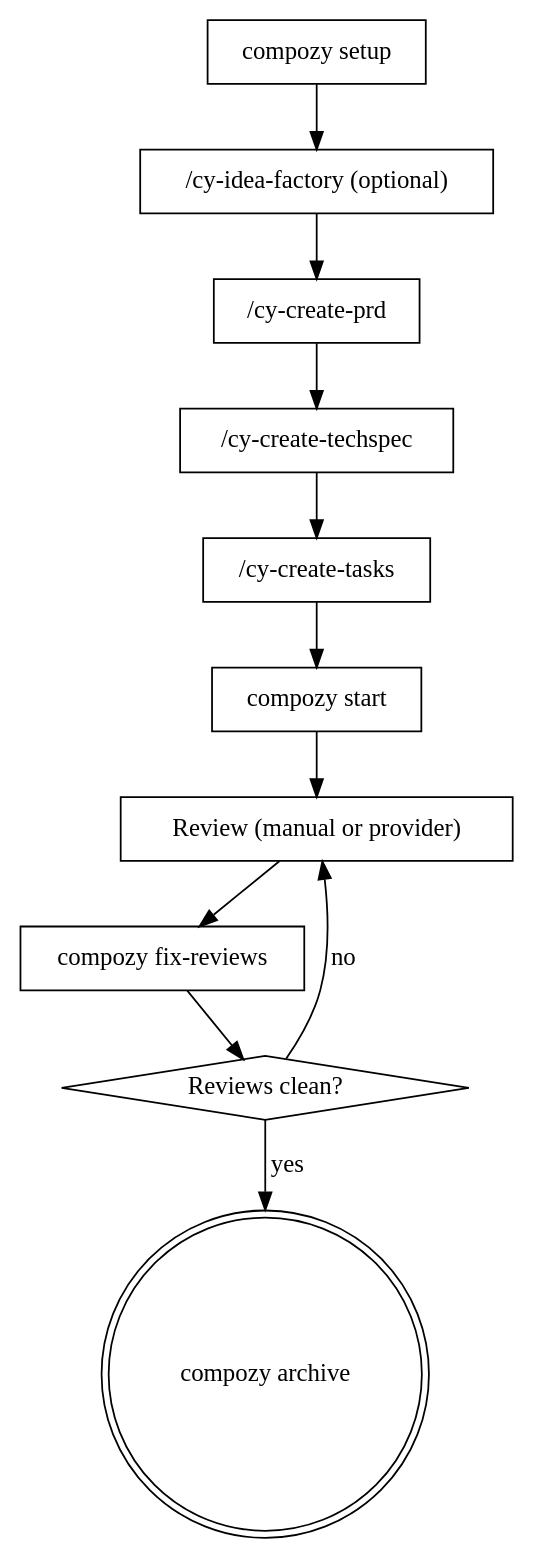
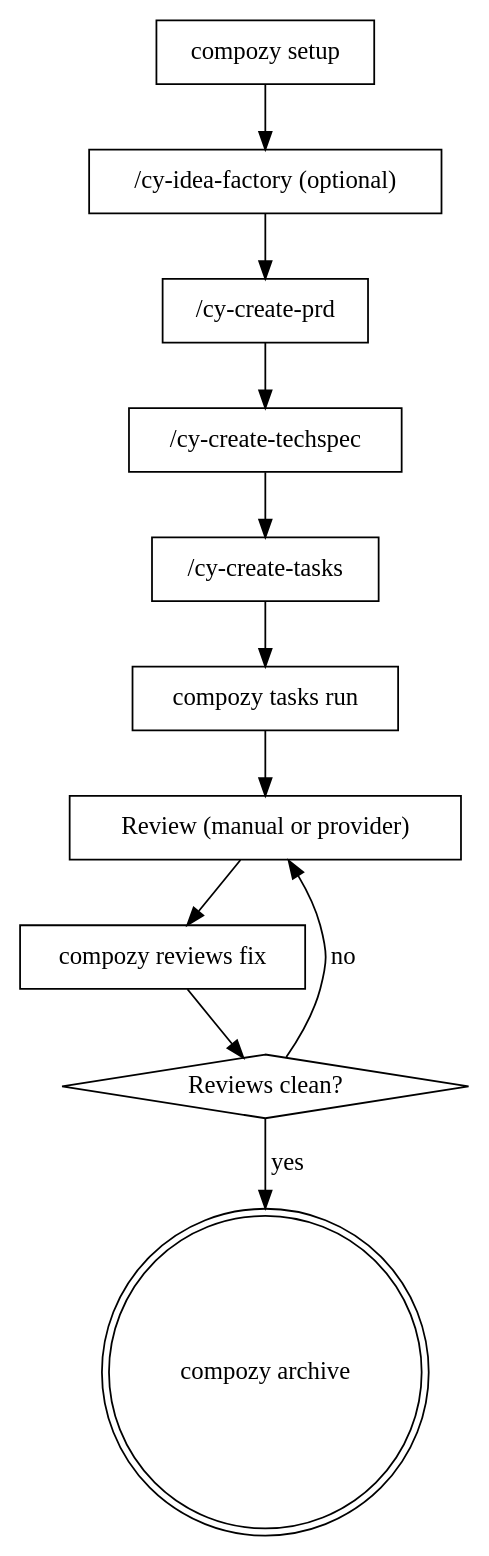
One commit to compozy/agh changed the diagram in .agents/skills/compozy/SKILL.md. Above: the diagram before and after it, drawn with Graphviz. The commit also changed other lines of this file and 35 other files, not shown here.

````diff
--- a/.agents/skills/compozy/SKILL.md
+++ b/.agents/skills/compozy/SKILL.md
@@ -37,25 +37,25 @@
 ```dot
 digraph compozy_pipeline {
     "compozy setup" [shape=box];
     "/cy-idea-factory (optional)" [shape=box];
     "/cy-create-prd" [shape=box];
     "/cy-create-techspec" [shape=box];
     "/cy-create-tasks" [shape=box];
-    "compozy start" [shape=box];
+    "compozy tasks run" [shape=box];
     "Review (manual or provider)" [shape=box];
-    "compozy fix-reviews" [shape=box];
+    "compozy reviews fix" [shape=box];
     "Reviews clean?" [shape=diamond];
     "compozy archive" [shape=doublecircle];
 
     "compozy setup" -> "/cy-idea-factory (optional)";
     "/cy-idea-factory (optional)" -> "/cy-create-prd";
     "/cy-create-prd" -> "/cy-create-techspec";
     "/cy-create-techspec" -> "/cy-create-tasks";
-    "/cy-create-tasks" -> "compozy start";
-    "compozy start" -> "Review (manual or provider)";
-    "Review (manual or provider)" -> "compozy fix-reviews";
-    "compozy fix-reviews" -> "Reviews clean?";
+    "/cy-create-tasks" -> "compozy tasks run";
+    "compozy tasks run" -> "Review (manual or provider)";
+    "Review (manual or provider)" -> "compozy reviews fix";
+    "compozy reviews fix" -> "Reviews clean?";
     "Reviews clean?" -> "Review (manual or provider)" [label="no"];
     "Reviews clean?" -> "compozy archive" [label="yes"];
 }
 ```
````
